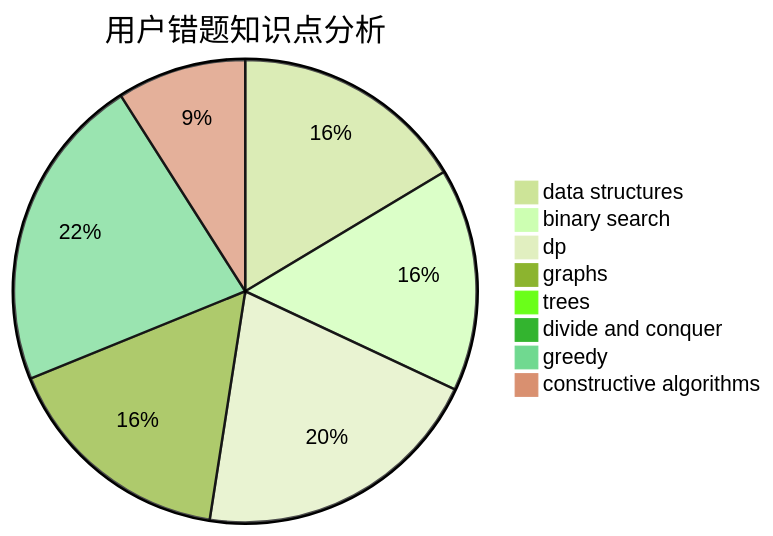
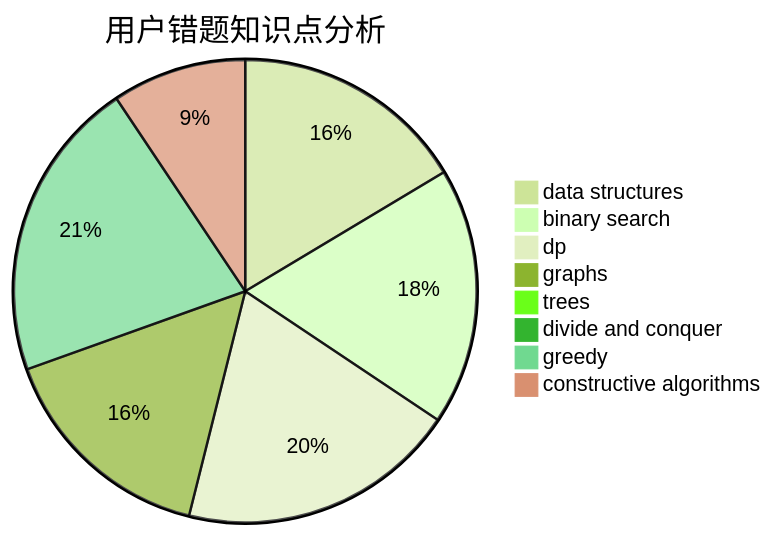
Before and after one commit to sherpahu/cfrs.github.io: the third of 3 diagrams in docs/user/u2117.md, drawn with Mermaid (forest theme). The commit also changed other lines of this file and 2770 other files, not shown here.

````diff
--- a/docs/user/u2117.md
+++ b/docs/user/u2117.md
@@ -36,11 +36,11 @@
 ```mermaid
 pie title 用户错题知识点分析
-    "data structures" :  20
-    "binary search" :  19
+    "data structures" :  21
+    "binary search" :  23
     "dp" :  25
     "graphs" :  20
     "trees" :  0
     "divide and conquer" :  0
     "greedy" :  27
-    "constructive algorithms" :  11
+    "constructive algorithms" :  12
 ```
````
